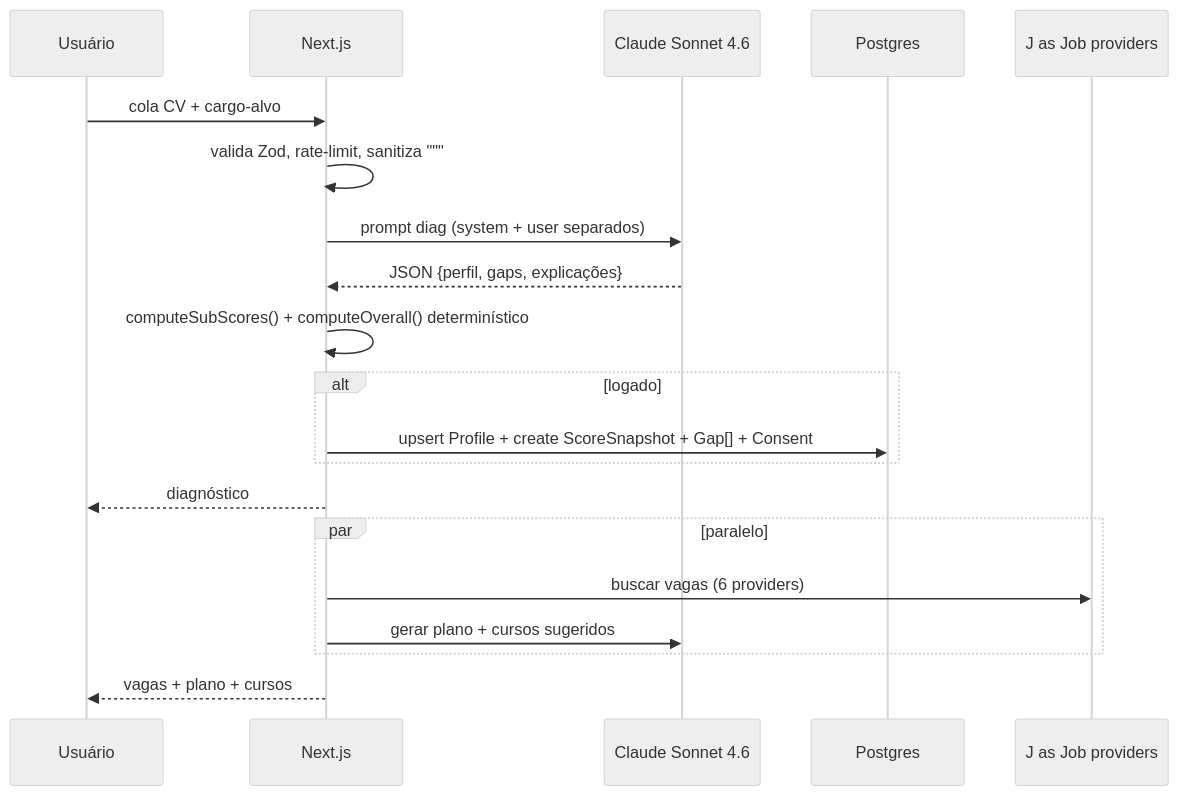
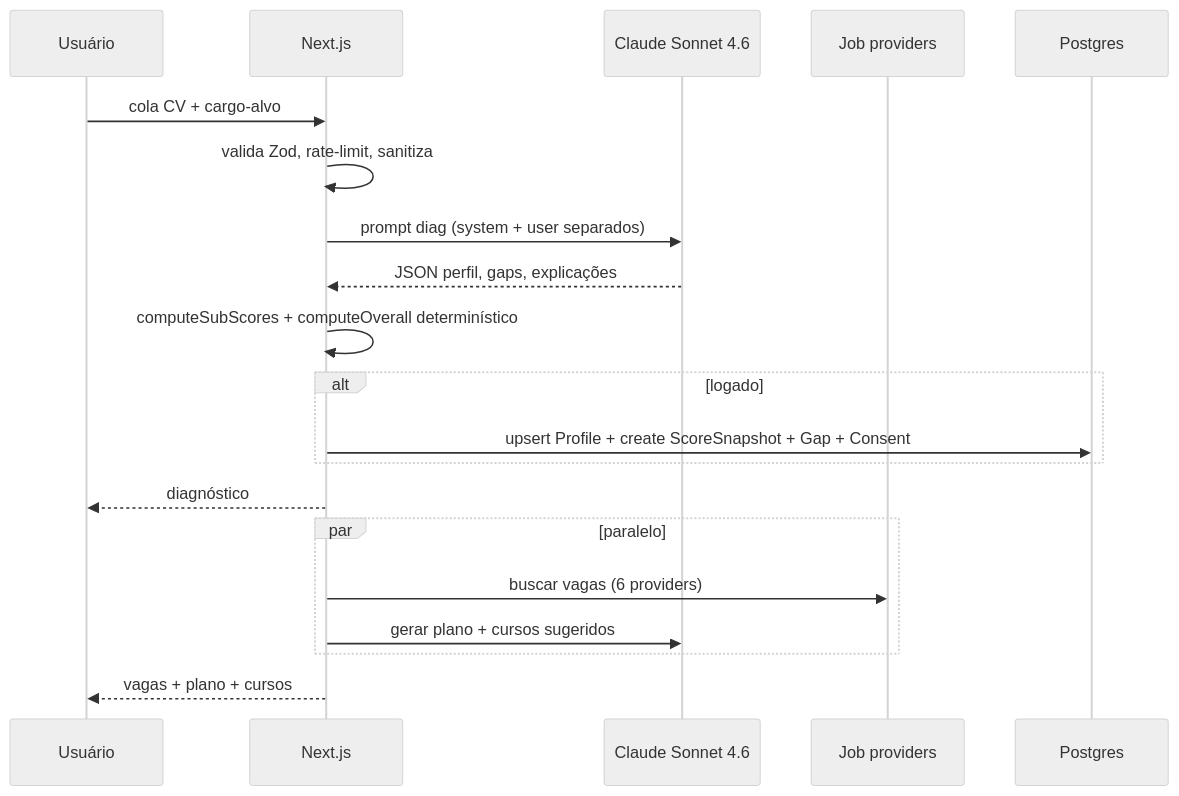
One commit to akamitatrush/CareerTwinAI changed the second of 4 diagrams in README.md. Above: the diagram before and after it, drawn with Mermaid (neutral theme). The commit also changed other lines of this file and 27 other files, not shown here.

First line of the commit message:
fix: README mermaid syntax + Dependabot bloqueia majors quebradicos

````diff
--- a/README.md
+++ b/README.md
@@ -45,22 +45,23 @@
 ```mermaid
 sequenceDiagram
     participant U as Usuário
     participant N as Next.js
     participant LLM as Claude Sonnet 4.6
+    participant J as Job providers
     participant DB as Postgres
 
     U->>N: cola CV + cargo-alvo
-    N->>N: valida Zod, rate-limit, sanitiza """
+    N->>N: valida Zod, rate-limit, sanitiza
     N->>LLM: prompt diag (system + user separados)
-    LLM-->>N: JSON {perfil, gaps, explicações}
-    N->>N: computeSubScores() + computeOverall() determinístico
+    LLM-->>N: JSON perfil, gaps, explicações
+    N->>N: computeSubScores + computeOverall determinístico
     alt logado
-        N->>DB: upsert Profile + create ScoreSnapshot + Gap[] + Consent
+        N->>DB: upsert Profile + create ScoreSnapshot + Gap + Consent
     end
     N-->>U: diagnóstico
     par paralelo
-        N->>J as Job providers: buscar vagas (6 providers)
+        N->>J: buscar vagas (6 providers)
         N->>LLM: gerar plano + cursos sugeridos
     end
     N-->>U: vagas + plano + cursos
 ```
````
